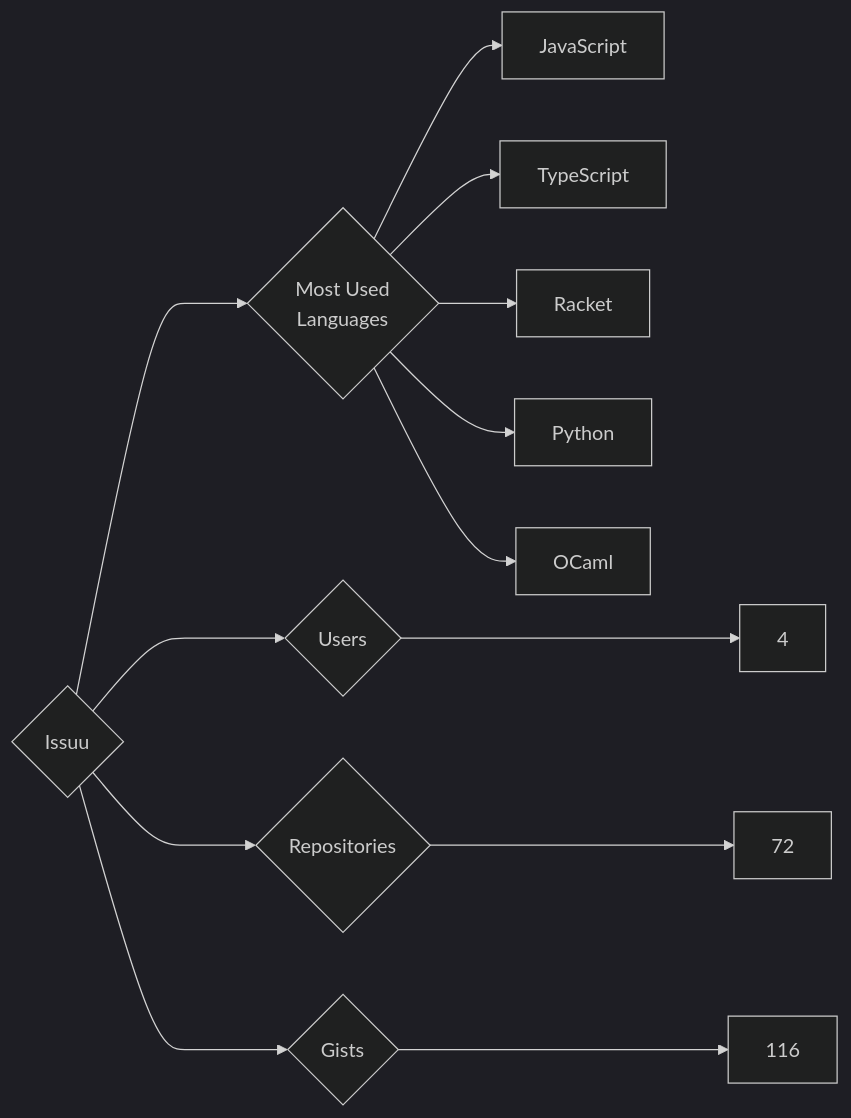
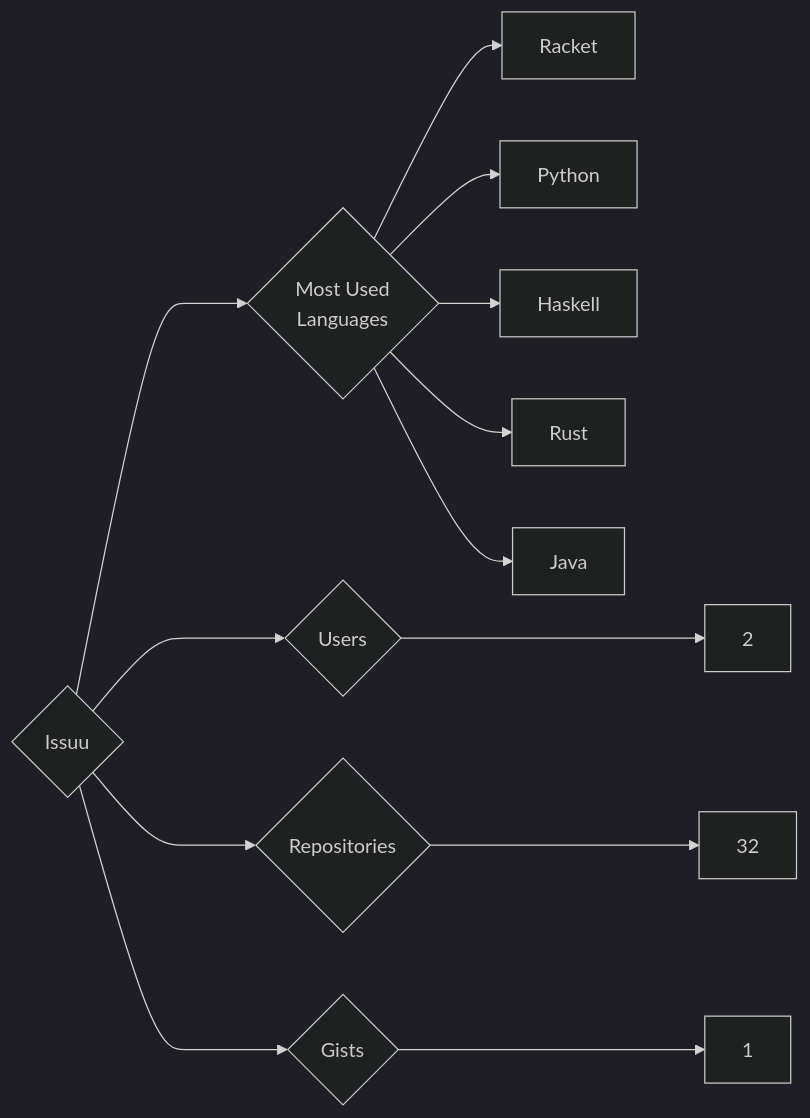
The diagram in targets/Issuu/README.md (trickest/insiders), drawn with Mermaid (dark theme) before and after one commit. The commit also changed 752 other files, not shown here.

````diff
--- a/targets/Issuu/README.md
+++ b/targets/Issuu/README.md
@@ -3,13 +3,13 @@
 ```mermaid
 graph LR
 COMPANY_NAME{Issuu}
-COMPANY_NAME ---> U{Users} ---> UN[4]
-COMPANY_NAME ---> R{Repositories} ---> RN[72]
-COMPANY_NAME ---> G{Gists} ---> GN[116]
+COMPANY_NAME ---> U{Users} ---> UN[2]
+COMPANY_NAME ---> R{Repositories} ---> RN[32]
+COMPANY_NAME ---> G{Gists} ---> GN[1]
 COMPANY_NAME ---> ML{Most Used<br>Languages}
-ML --> JavaScript[JavaScript]
-ML --> TypeScript[TypeScript]
 ML --> Racket[Racket]
 ML --> Python[Python]
-ML --> OCaml[OCaml]
+ML --> Haskell[Haskell]
+ML --> Rust[Rust]
+ML --> Java[Java]
 ```
````
